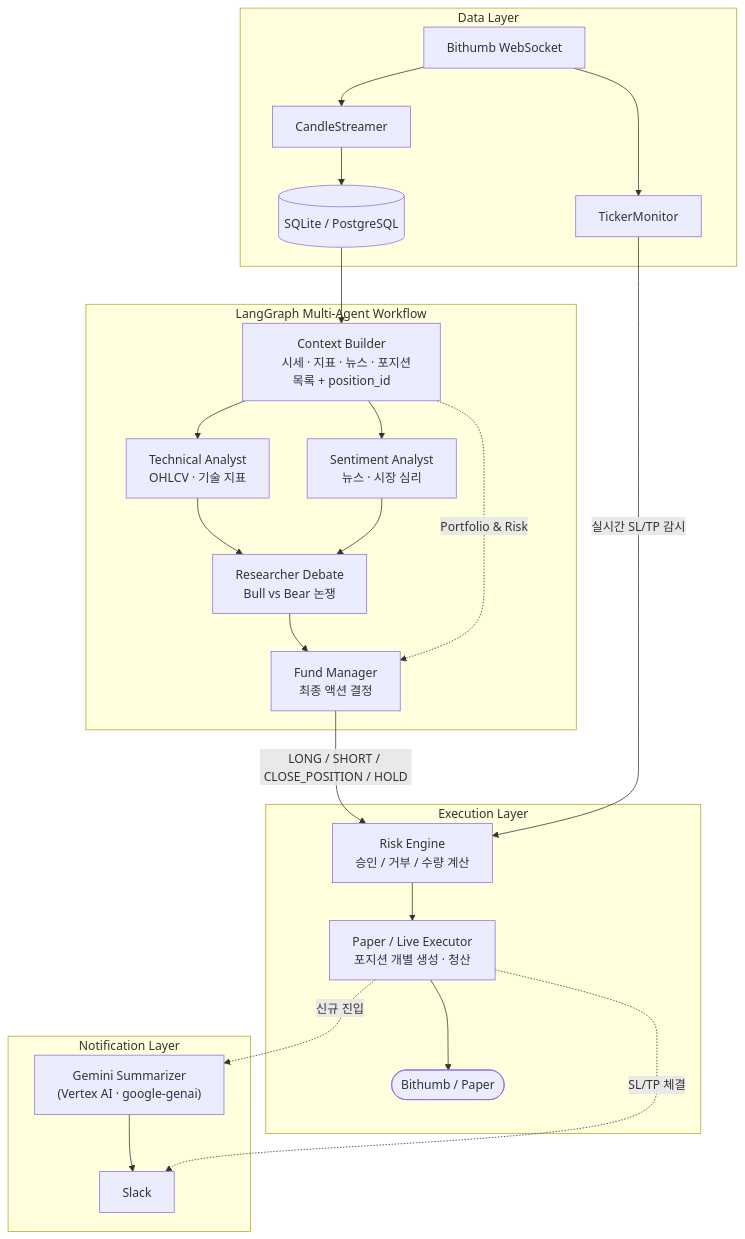
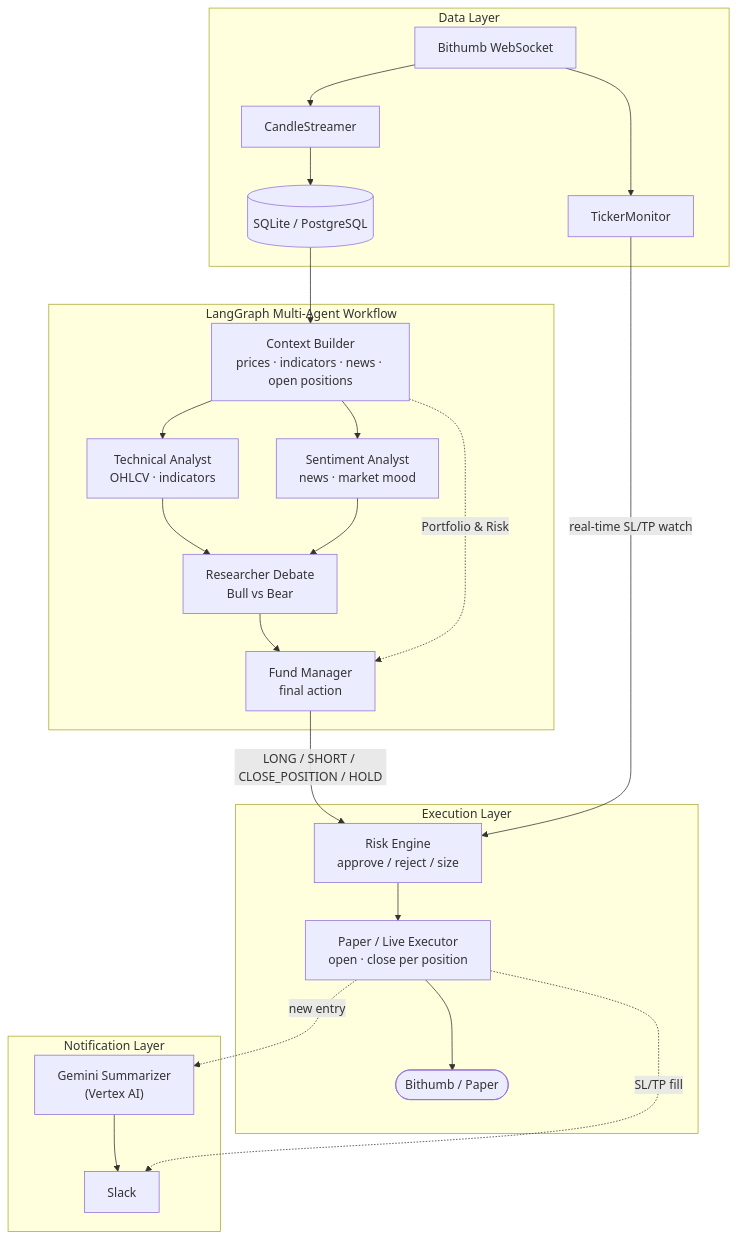
Before and after one commit to Jacob-9909/OpenTrading: the diagram in README.md, drawn with Mermaid. The commit also changed other lines of this file and 1 other file, not shown here.

````diff
--- a/README.md
+++ b/README.md
@@ -9,52 +19,43 @@
 ```mermaid
 flowchart TD
     subgraph DataLayer["Data Layer"]
         WS["Bithumb WebSocket"]
         CS["CandleStreamer"]
         TM["TickerMonitor"]
         DB[("SQLite / PostgreSQL")]
         WS --> CS --> DB
         WS --> TM
     end
 
     subgraph AgentWorkflow["LangGraph Multi-Agent Workflow"]
-        CB["Context Builder
-    시세 · 지표 · 뉴스 · 포지션 목록 + position_id"]
-        TA["Technical Analyst
-        OHLCV · 기술 지표"]
-        SA["Sentiment Analyst
-        뉴스 · 시장 심리"]
-        RD["Researcher Debate
-        Bull vs Bear 논쟁"]
-        FM["Fund Manager
-        최종 액션 결정"]
-
+        CB["Context Builder<br/>prices · indicators · news · open positions"]
+        TA["Technical Analyst<br/>OHLCV · indicators"]
+        SA["Sentiment Analyst<br/>news · market mood"]
+        RD["Researcher Debate<br/>Bull vs Bear"]
+        FM["Fund Manager<br/>final action"]
         CB --> TA
         CB --> SA
         TA --> RD
         SA --> RD
         RD --> FM
         CB -. "Portfolio & Risk" .-> FM
     end
 
     subgraph ExecutionLayer["Execution Layer"]
-        RE["Risk Engine
-승인 / 거부 / 수량 계산"]
-        EX["Paper / Live Executor
-        포지션 개별 생성 · 청산"]
+        RE["Risk Engine<br/>approve / reject / size"]
+        EX["Paper / Live Executor<br/>open · close per position"]
         EXC(["Bithumb / Paper"])
         RE --> EX --> EXC
     end
 
     subgraph NotificationLayer["Notification Layer"]
         SL["Slack"]
-        GM["Gemini Summarizer
-        (Vertex AI · google-genai)"]
+        GM["Gemini Summarizer<br/>(Vertex AI)"]
     end
 
     DB --> CB
     FM -- "LONG / SHORT / CLOSE_POSITION / HOLD" --> RE
-    TM -- "실시간 SL/TP 감시" --> RE
-    EX -. "신규 진입" .-> GM --> SL
-    EX -. "SL/TP 체결" .-> SL
+    TM -- "real-time SL/TP watch" --> RE
+    EX -. "new entry" .-> GM --> SL
+    EX -. "SL/TP fill" .-> SL
 ```
````
